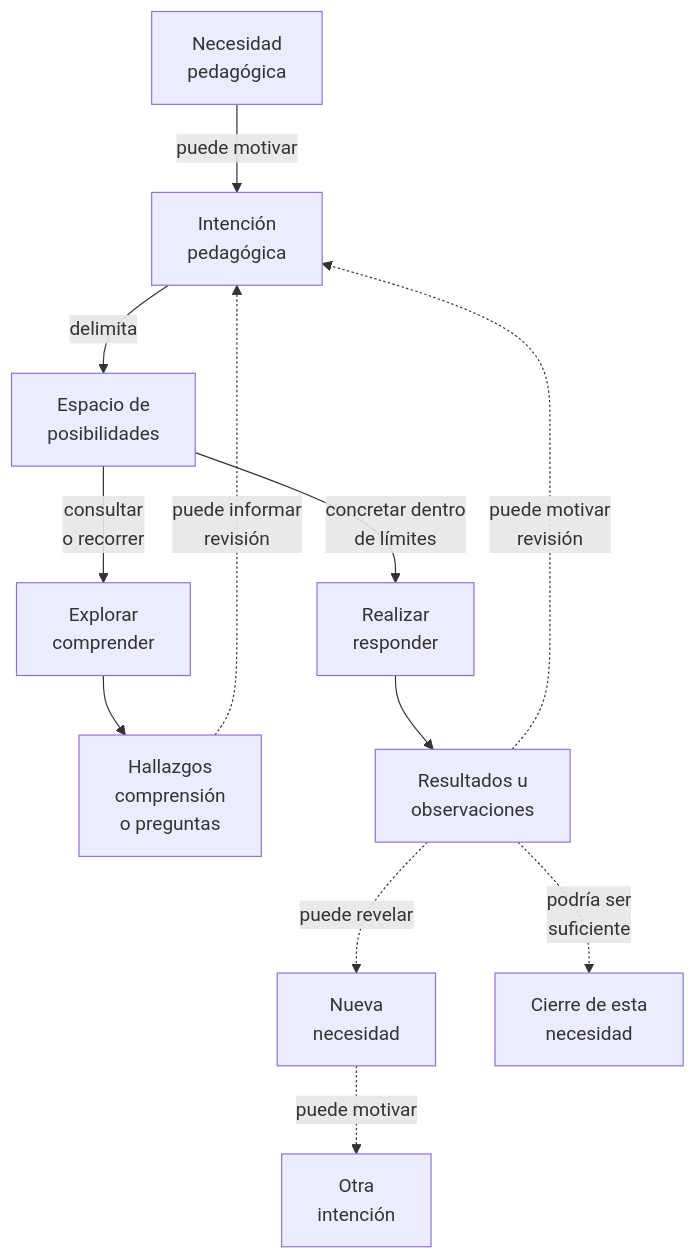
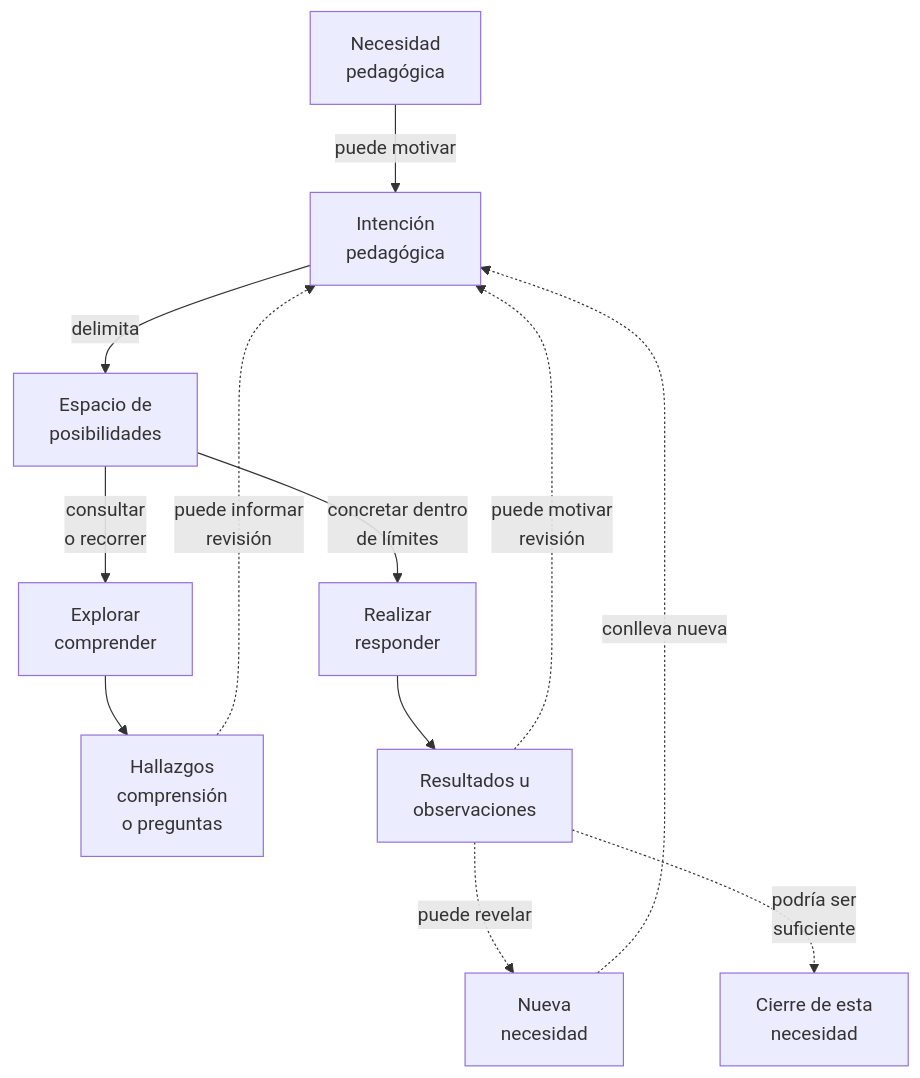
The diagram in lifecycle/recursive-pedagogical-resolution.md (the-alive-lab/tdidacta), drawn with Mermaid before and after one commit.

Commit message:
docs: loop new pedagogical need back to intention

````diff
--- a/lifecycle/recursive-pedagogical-resolution.md
+++ b/lifecycle/recursive-pedagogical-resolution.md
@@ -19,14 +19,14 @@
 ```mermaid
 flowchart TB
     N["Necesidad<br/>pedagógica"] -->|puede motivar| I["Intención<br/>pedagógica"]
     I -->|delimita| S["Espacio de<br/>posibilidades"]
     S -->|"consultar<br/>o recorrer"| E["Explorar<br/>comprender"]
     S -->|"concretar dentro<br/>de límites"| R["Realizar<br/>responder"]
     E --> H["Hallazgos<br/>comprensión<br/>o preguntas"]
     R --> O["Resultados u<br/>observaciones"]
     H -.->|"puede informar<br/>revisión"| I
     O -.->|"puede motivar<br/>revisión"| I
     O -.->|puede revelar| NN["Nueva<br/>necesidad"]
-    NN -.->|puede motivar| I2["Otra<br/>intención"]
+    NN -.->|"conlleva nueva"| I
     O -.->|"podría ser<br/>suficiente"| C["Cierre de esta<br/>necesidad"]
 ```
````
